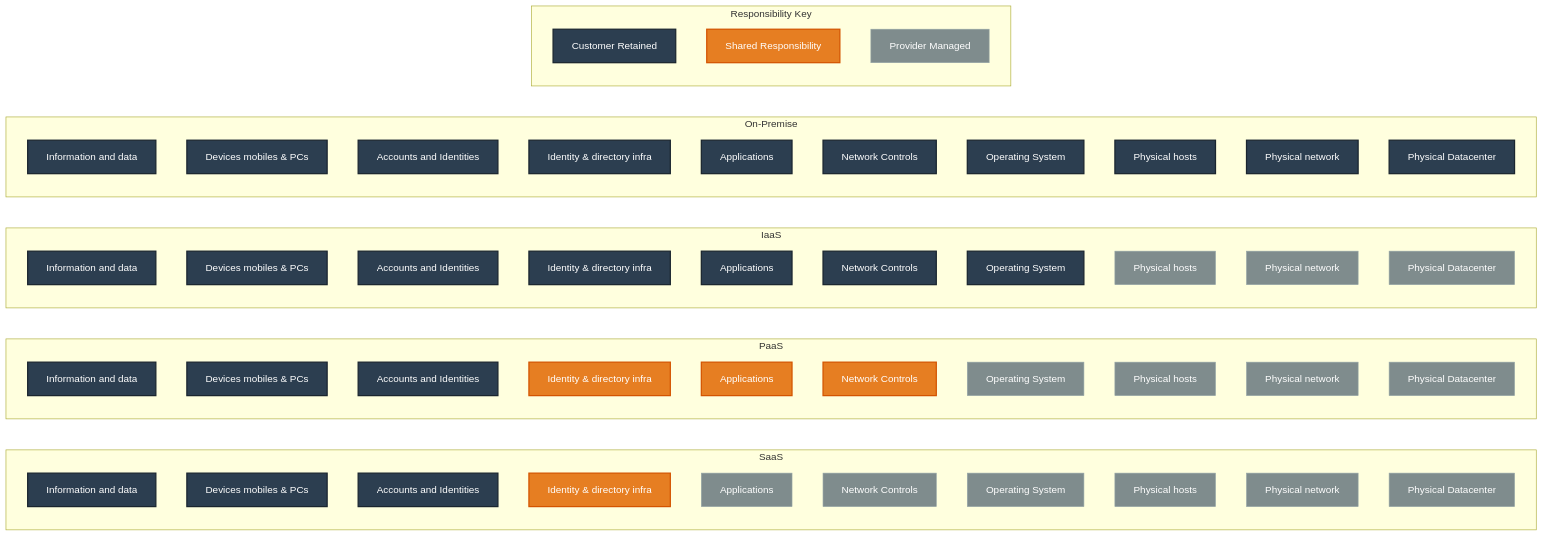
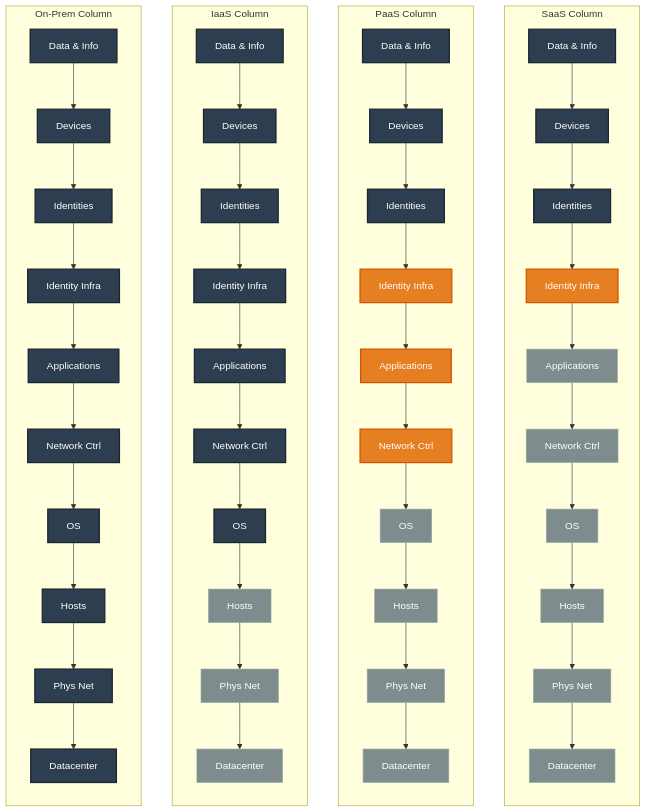
One commit to Chaitrali-tambe/az-900-Notes changed the diagram in 2-Shared-responsibility-model.md. Above: the diagram before and after it, drawn with Mermaid.

````diff
--- a/2-Shared-responsibility-model.md
+++ b/2-Shared-responsibility-model.md
@@ -5,74 +5,78 @@
 ```mermaid
-	graph LR
+	graph TD
+    %% Global Settings
+    %% TD layout naturally formats models side-by-side as portrait columns
+
     %% Styles and Themes
     classDef customer fill:#2c3e50,stroke:#1a252f,stroke-width:2px,color:#fff;
     classDef shared fill:#e67e22,stroke:#d35400,stroke-width:2px,color:#fff;
     classDef provider fill:#7f8c8d,stroke:#95a5a6,stroke-width:1px,color:#fff;
-    classDef groupStyle fill:#f8f9fa,stroke:#bdc3c7,stroke-width:1px,stroke-dasharray: 5 5;
+    classDef groupStyle fill:#f8f9fa,stroke:#bdc3c7,stroke-width:1px;
 
-    %% Columns/Models
-    subgraph SaaS [SaaS]
-        S1[Information and data]:::customer
-        S2[Devices mobiles & PCs]:::customer
-        S3[Accounts and Identities]:::customer
-        S4[Identity & directory infra]:::shared
-        S5[Applications]:::provider
-        S6[Network Controls]:::provider
-        S7[Operating System]:::provider
-        S8[Physical hosts]:::provider
-        S9[Physical network]:::provider
-        S10[Physical Datacenter]:::provider
+    %% --- SAAS COLUMN ---
+    subgraph SaaS [SaaS Column]
+        direction TB
+        S1[Data & Info]:::customer -->
+        S2[Devices]:::customer -->
+        S3[Identities]:::customer -->
+        S4[Identity Infra]:::shared -->
+        S5[Applications]:::provider -->
+        S6[Network Ctrl]:::provider -->
+        S7[OS]:::provider -->
+        S8[Hosts]:::provider -->
+        S9[Phys Net]:::provider -->
+        S10[Datacenter]:::provider
     end
 
-    subgraph PaS [PaaS]
-        P1[Information and data]:::customer
-        P2[Devices mobiles & PCs]:::customer
-        P3[Accounts and Identities]:::customer
-        P4[Identity & directory infra]:::shared
-        P5[Applications]:::shared
-        P6[Network Controls]:::shared
-        P7[Operating System]:::provider
-        P8[Physical hosts]:::provider
-        P9[Physical network]:::provider
-        P10[Physical Datacenter]:::provider
+    %% --- PAAS COLUMN ---
+    subgraph PaaS [PaaS Column]
+        direction TB
+        P1[Data & Info]:::customer -->
+        P2[Devices]:::customer -->
+        P3[Identities]:::customer -->
+        P4[Identity Infra]:::shared -->
+        P5[Applications]:::shared -->
+        P6[Network Ctrl]:::shared -->
+        P7[OS]:::provider -->
+        P8[Hosts]:::provider -->
+        P9[Phys Net]:::provider -->
+        P10[Datacenter]:::provider
     end
 
-    subgraph IaS [IaaS]
-        I1[Information and data]:::customer
-        I2[Devices mobiles & PCs]:::customer
-        I3[Accounts and Identities]:::customer
-        I4[Identity & directory infra]:::customer
-        I5[Applications]:::customer
-        I6[Network Controls]:::customer
-        I7[Operating System]:::customer
-        I8[Physical hosts]:::provider
-        I9[Physical network]:::provider
-        I10[Physical Datacenter]:::provider
+    %% --- IAAS COLUMN ---
+    subgraph IaaS [IaaS Column]
+        direction TB
+        I1[Data & Info]:::customer -->
+        I2[Devices]:::customer -->
+        I3[Identities]:::customer -->
+        I4[Identity Infra]:::customer -->
+        I5[Applications]:::customer -->
+        I6[Network Ctrl]:::customer -->
+        I7[OS]:::customer -->
+        I8[Hosts]:::provider -->
+        I9[Phys Net]:::provider -->
+        I10[Datacenter]:::provider
     end
 
-    subgraph OnPrem [On-Premise]
-        O1[Information and data]:::customer
-        O2[Devices mobiles & PCs]:::customer
-        O3[Accounts and Identities]:::customer
-        O4[Identity & directory infra]:::customer
-        O5[Applications]:::customer
-        O6[Network Controls]:::customer
-        O7[Operating System]:::customer
-        O8[Physical hosts]:::customer
-        O9[Physical network]:::customer
-        O10[Physical Datacenter]:::customer
+    %% --- ON-PREMISE COLUMN ---
+    subgraph OnPrem [On-Prem Column]
+        direction TB
+        O1[Data & Info]:::customer -->
+        O2[Devices]:::customer -->
+        O3[Identities]:::customer -->
+        O4[Identity Infra]:::customer -->
+        O5[Applications]:::customer -->
+        O6[Network Ctrl]:::customer -->
+        O7[OS]:::customer -->
+        O8[Hosts]:::customer -->
+        O9[Phys Net]:::customer -->
+        O10[Datacenter]:::customer
     end
 
-    %% Apply group styles
+    %% Apply group styles to columns
     style SaaS groupStyle
-    style PaS groupStyle
-    style IaS groupStyle
+    style PaaS groupStyle
+    style IaaS groupStyle
     style OnPrem groupStyle
 
-    %% Legend
-    subgraph Legend [Responsibility Key]
-        L1[Customer Retained]:::customer
-        L2[Shared Responsibility]:::shared
-        L3[Provider Managed]:::provider
-    end
 ```
````
